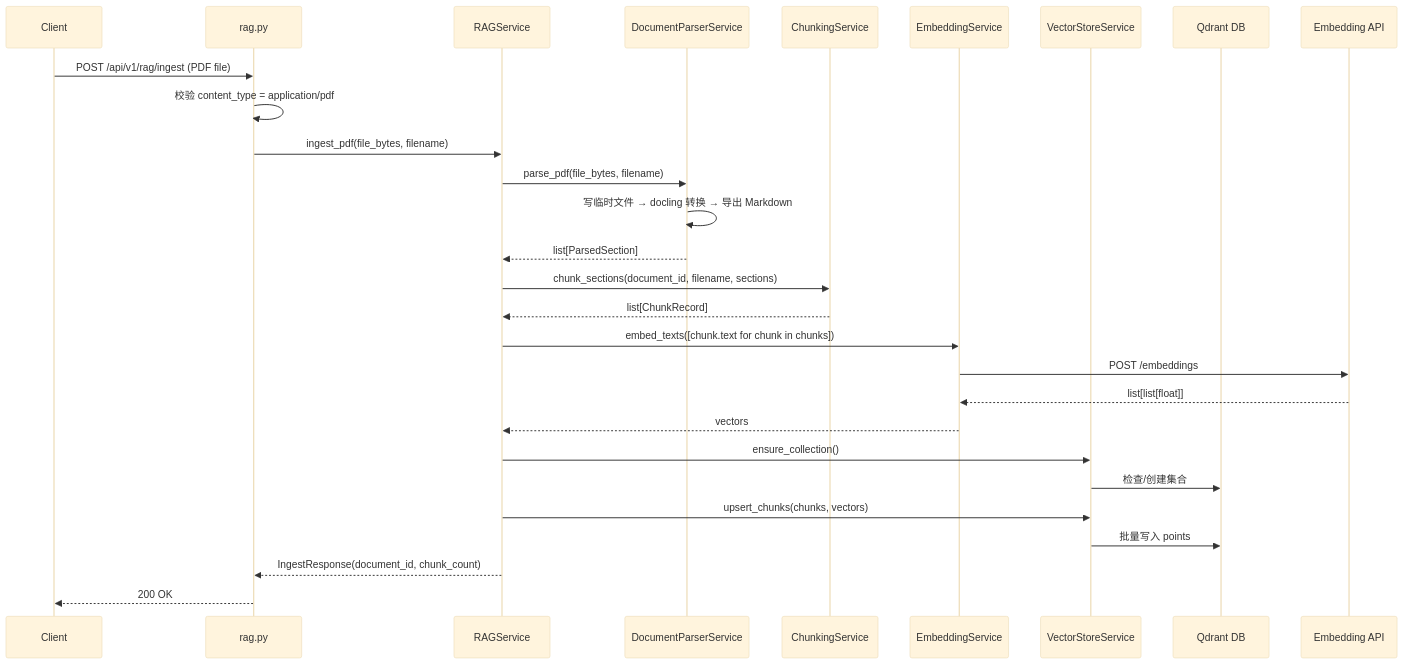
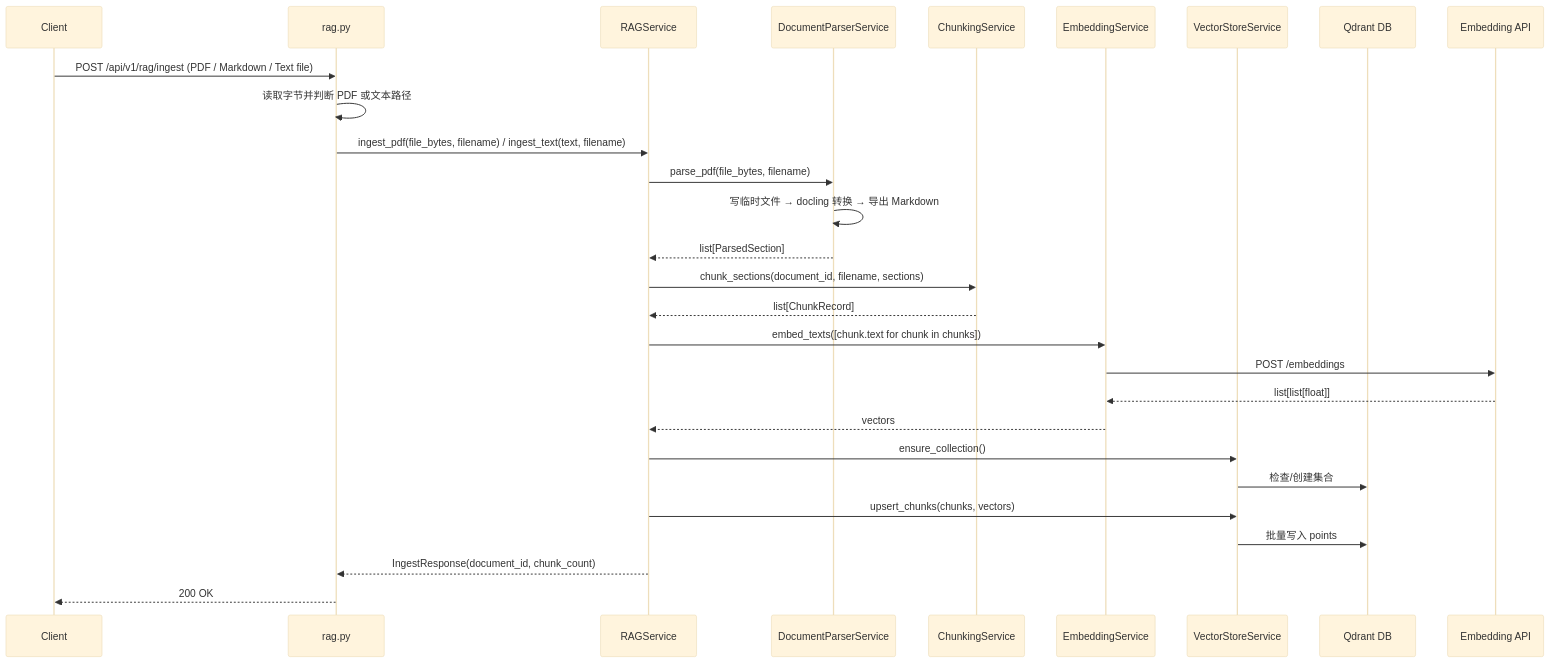
The first of 6 diagrams in architecture_docs/phase2_architecture.md (YIBOWAY/study-agent), drawn with Mermaid (base theme) before and after one commit. The commit also changed other lines of this file and 48 other files, not shown here.

````diff
--- a/architecture_docs/phase2_architecture.md
+++ b/architecture_docs/phase2_architecture.md
@@ -220,31 +224,31 @@
 ```mermaid
 sequenceDiagram
     participant Client
     participant Route as rag.py
     participant RAG as RAGService
     participant Parser as DocumentParserService
     participant Chunker as ChunkingService
     participant Embed as EmbeddingService
     participant VS as VectorStoreService
     participant Qdrant as Qdrant DB
     participant EmbAPI as Embedding API
 
-    Client->>Route: POST /api/v1/rag/ingest (PDF file)
-    Route->>Route: 校验 content_type = application/pdf
-    Route->>RAG: ingest_pdf(file_bytes, filename)
+    Client->>Route: POST /api/v1/rag/ingest (PDF / Markdown / Text file)
+    Route->>Route: 读取字节并判断 PDF 或文本路径
+    Route->>RAG: ingest_pdf(file_bytes, filename) / ingest_text(text, filename)
     RAG->>Parser: parse_pdf(file_bytes, filename)
     Parser->>Parser: 写临时文件 → docling 转换 → 导出 Markdown
     Parser-->>RAG: list[ParsedSection]
     RAG->>Chunker: chunk_sections(document_id, filename, sections)
     Chunker-->>RAG: list[ChunkRecord]
     RAG->>Embed: embed_texts([chunk.text for chunk in chunks])
     Embed->>EmbAPI: POST /embeddings
     EmbAPI-->>Embed: list[list[float]]
     Embed-->>RAG: vectors
     RAG->>VS: ensure_collection()
     VS->>Qdrant: 检查/创建集合
     RAG->>VS: upsert_chunks(chunks, vectors)
     VS->>Qdrant: 批量写入 points
     RAG-->>Route: IngestResponse(document_id, chunk_count)
     Route-->>Client: 200 OK
 ```
````
